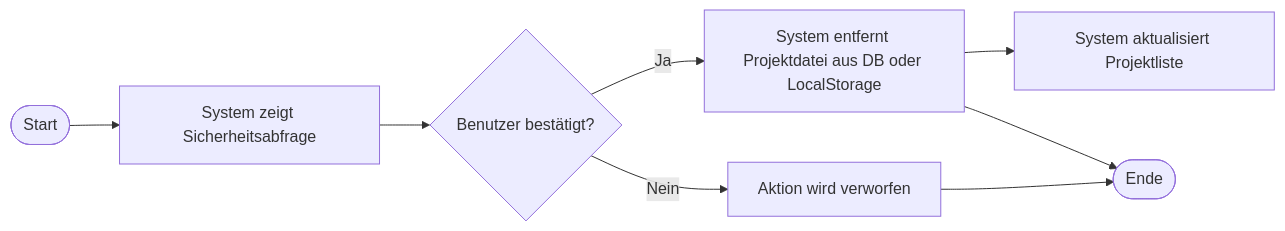
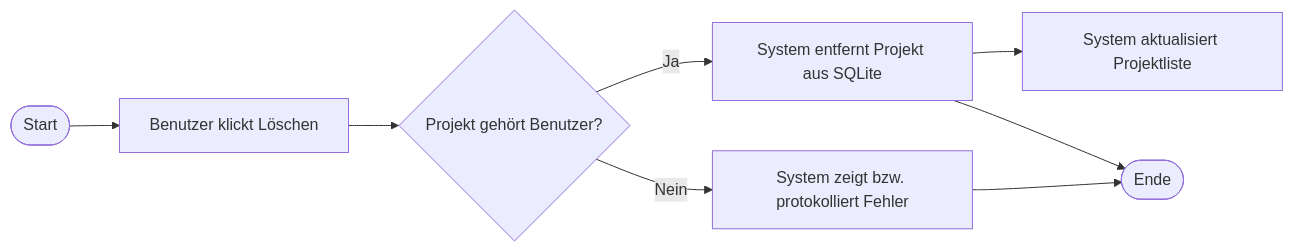
Before and after one commit to BitFlow-DHBW/BitFlow: the seventh of 43 diagrams in docs/use_cases/software_requirements_specification.md, drawn with Mermaid. The commit also changed other lines of this file and 9 other files, not shown here.

````diff
--- a/docs/use_cases/software_requirements_specification.md
+++ b/docs/use_cases/software_requirements_specification.md
@@ -391,10 +440,10 @@
 ```mermaid
 flowchart LR
-	C1([Start]) --> C2["System zeigt Sicherheitsabfrage"]
-	C2 --> C3{"Benutzer bestätigt?"}
-	C3 -->|Ja| C4["System entfernt Projektdatei aus DB oder LocalStorage"]
+	C1([Start]) --> C2["Benutzer klickt Löschen"]
+	C2 --> C3{"Projekt gehört Benutzer?"}
+	C3 -->|Ja| C4["System entfernt Projekt aus SQLite"]
 	C4 --> C5["System aktualisiert Projektliste"]
-	C3 -->|Nein| C6["Aktion wird verworfen"]
+	C3 -->|Nein| C6["System zeigt bzw. protokolliert Fehler"]
 	C4 --> C7([Ende])
 	C6 --> C7
 ```
````
